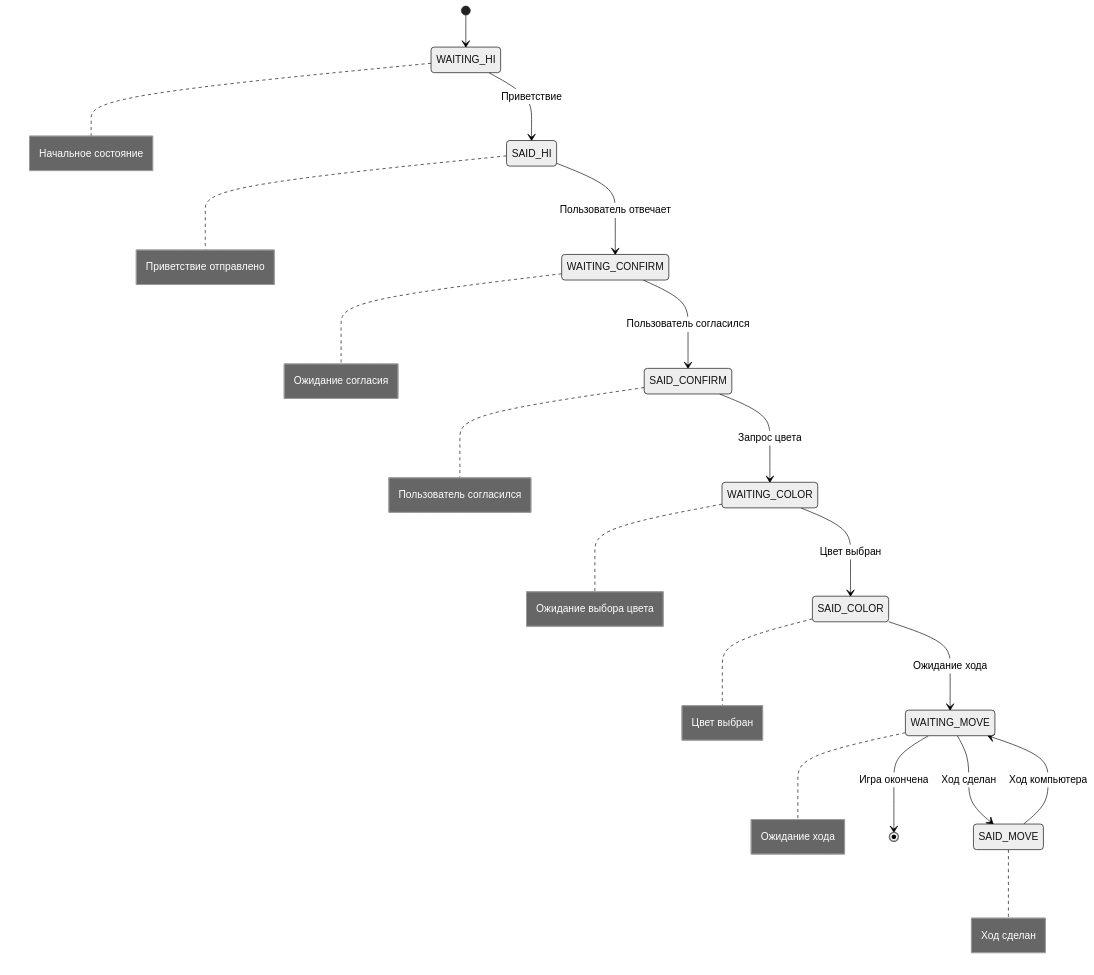
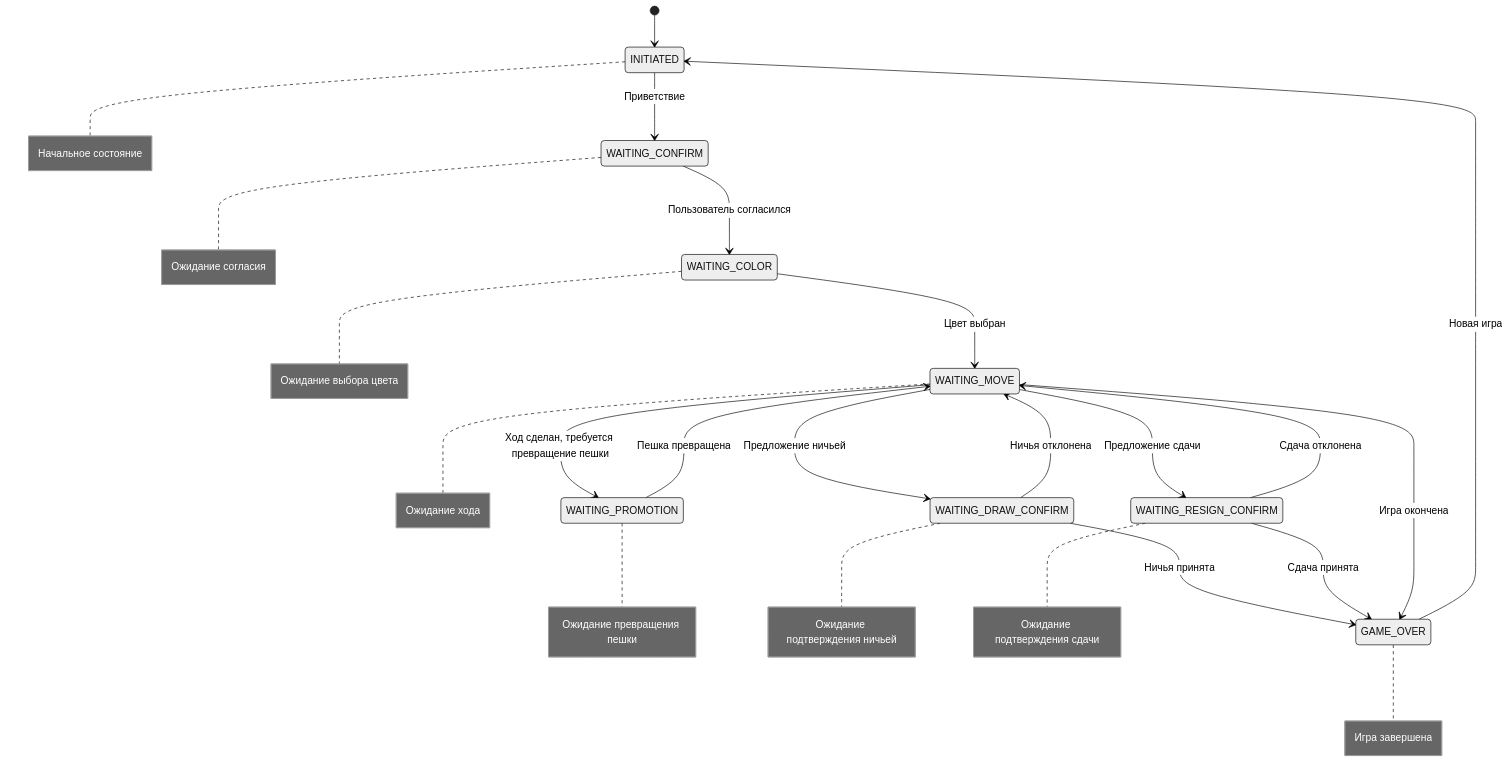
The diagram in diagrams/state_diagram.md (axtrace/alisa_chess), drawn with Mermaid (neutral theme) before and after one commit. The commit also changed 1 other file, not shown here.

Commit message:
state diagram update

````diff
--- a/diagrams/state_diagram.md
+++ b/diagrams/state_diagram.md
@@ -1,22 +1,26 @@
 ```mermaid
 stateDiagram-v2
-    [*] --> WAITING_HI
-    WAITING_HI --> SAID_HI: Приветствие
-    SAID_HI --> WAITING_CONFIRM: Пользователь отвечает
-    WAITING_CONFIRM --> SAID_CONFIRM: Пользователь согласился
-    SAID_CONFIRM --> WAITING_COLOR: Запрос цвета
-    WAITING_COLOR --> SAID_COLOR: Цвет выбран
-    SAID_COLOR --> WAITING_MOVE: Ожидание хода
-    WAITING_MOVE --> SAID_MOVE: Ход сделан
-    SAID_MOVE --> WAITING_MOVE: Ход компьютера
-    WAITING_MOVE --> [*]: Игра окончена
+    [*] --> INITIATED
+    INITIATED --> WAITING_CONFIRM: Приветствие
+    WAITING_CONFIRM --> WAITING_COLOR: Пользователь согласился
+    WAITING_COLOR --> WAITING_MOVE: Цвет выбран
+    WAITING_MOVE --> WAITING_PROMOTION: Ход сделан, требуется превращение пешки
+    WAITING_PROMOTION --> WAITING_MOVE: Пешка превращена
+    WAITING_MOVE --> WAITING_DRAW_CONFIRM: Предложение ничьей
+    WAITING_DRAW_CONFIRM --> WAITING_MOVE: Ничья отклонена
+    WAITING_DRAW_CONFIRM --> GAME_OVER: Ничья принята
+    WAITING_MOVE --> WAITING_RESIGN_CONFIRM: Предложение сдачи
+    WAITING_RESIGN_CONFIRM --> WAITING_MOVE: Сдача отклонена
+    WAITING_RESIGN_CONFIRM --> GAME_OVER: Сдача принята
+    WAITING_MOVE --> GAME_OVER: Игра окончена
+    GAME_OVER --> INITIATED: Новая игра
 
-    note right of WAITING_HI: Начальное состояние
-    note right of SAID_HI: Приветствие отправлено
+    note right of INITIATED: Начальное состояние
     note right of WAITING_CONFIRM: Ожидание согласия
-    note right of SAID_CONFIRM: Пользователь согласился
     note right of WAITING_COLOR: Ожидание выбора цвета
-    note right of SAID_COLOR: Цвет выбран
     note right of WAITING_MOVE: Ожидание хода
-    note right of SAID_MOVE: Ход сделан
+    note right of WAITING_PROMOTION: Ожидание превращения пешки
+    note right of WAITING_DRAW_CONFIRM: Ожидание подтверждения ничьей
+    note right of WAITING_RESIGN_CONFIRM: Ожидание подтверждения сдачи
+    note right of GAME_OVER: Игра завершена
 ``` 
````
